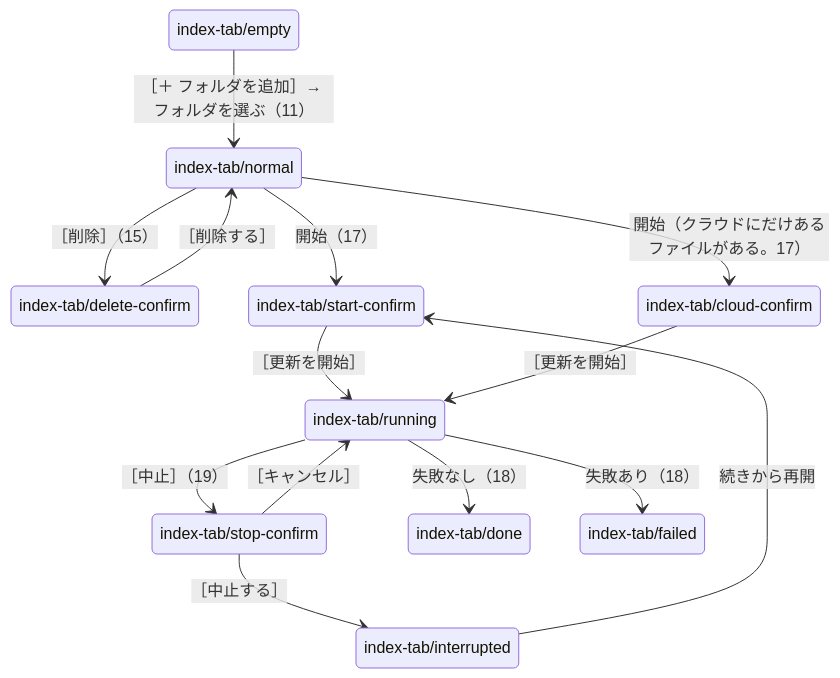
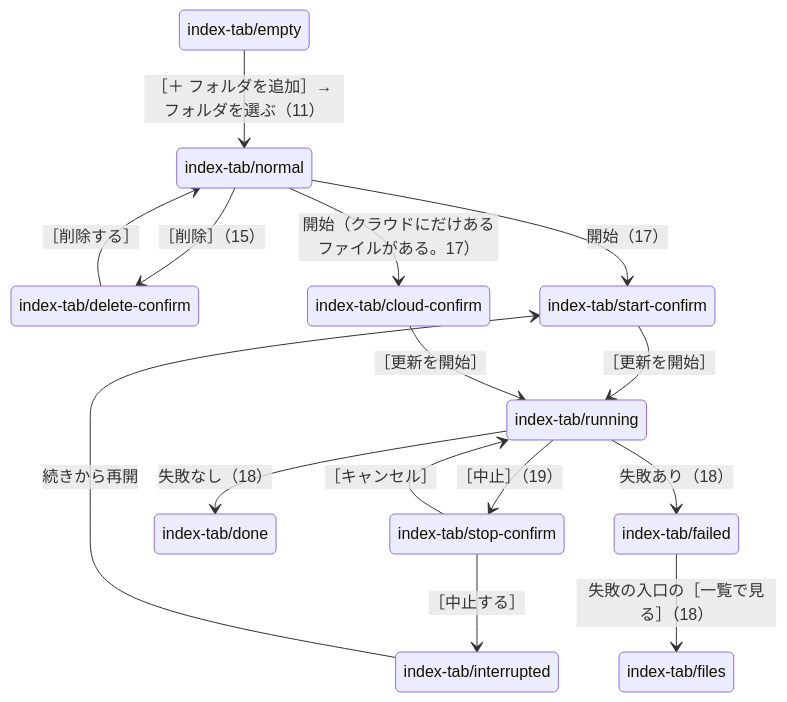
One commit to hsgwa/tebunko changed the diagram in docs/design/gui/screens/index-tab.md. Above: the diagram before and after it, drawn with Mermaid. The commit also changed other lines of this file and 42 other files, not shown here.

````diff
--- a/docs/design/gui/screens/index-tab.md
+++ b/docs/design/gui/screens/index-tab.md
@@ -19,26 +19,28 @@
 ```mermaid
 stateDiagram-v2
     state "index-tab/empty" as empty
     state "index-tab/normal" as normal
     state "index-tab/delete-confirm" as del
     state "index-tab/start-confirm" as start
     state "index-tab/cloud-confirm" as cloud
     state "index-tab/running" as running
     state "index-tab/stop-confirm" as stop
     state "index-tab/interrupted" as interrupted
     state "index-tab/done" as done
     state "index-tab/failed" as failed
+    state "index-tab/files" as files
     empty --> normal: ［＋ フォルダを追加］→ フォルダを選ぶ（11）
     normal --> del: ［削除］（15）
     del --> normal: ［削除する］
     normal --> start: 開始（17）
     start --> running: ［更新を開始］
     normal --> cloud: 開始（クラウドにだけあるファイルがある。17）
     cloud --> running: ［更新を開始］
     running --> stop: ［中止］（19）
     stop --> running: ［キャンセル］
     stop --> interrupted: ［中止する］
     interrupted --> start: 続きから再開
     running --> done: 失敗なし（18）
     running --> failed: 失敗あり（18）
+    failed --> files: 失敗の入口の［一覧で見る］（18）
 ```
````
